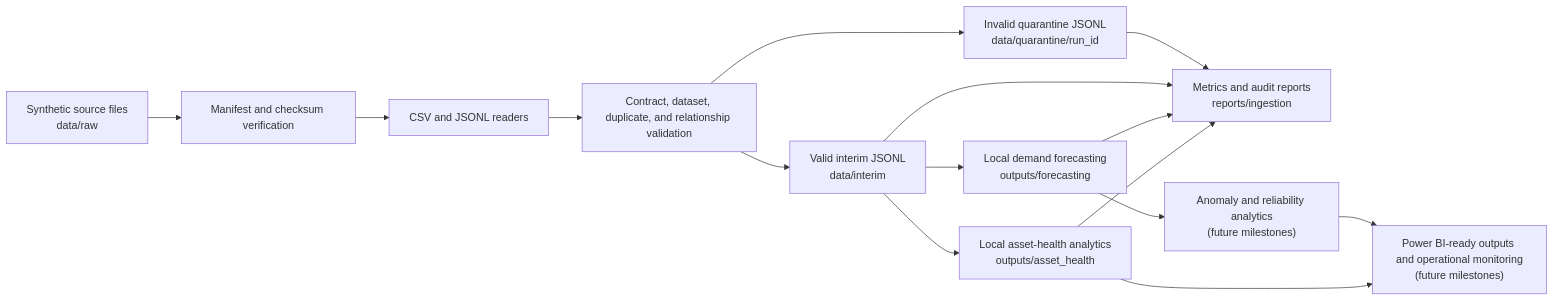
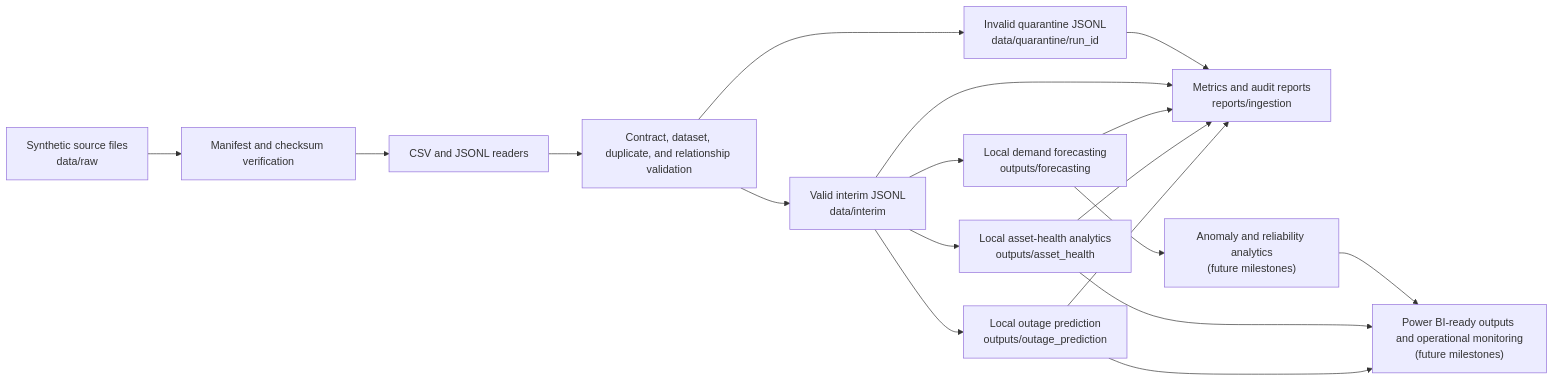
The diagram in docs/architecture/data-flow.md (Ibraheemolasupogit/azure-grid-reliability-intelligence-platform), drawn with Mermaid before and after one commit. The commit also changed other lines of this file and 39 other files, not shown here.

Commit message:
Add leakage-safe outage risk prediction

````diff
--- a/docs/architecture/data-flow.md
+++ b/docs/architecture/data-flow.md
@@ -5,22 +5,25 @@
 ```mermaid
 flowchart LR
     inputs["Synthetic source files<br/>data/raw"]
     manifest["Manifest and checksum verification"]
     ingestion["CSV and JSONL readers"]
     validation["Contract, dataset, duplicate, and relationship validation"]
     interim["Valid interim JSONL<br/>data/interim"]
     quarantine["Invalid quarantine JSONL<br/>data/quarantine/run_id"]
     reports["Metrics and audit reports<br/>reports/ingestion"]
     forecasting["Local demand forecasting<br/>outputs/forecasting"]
     assethealth["Local asset-health analytics<br/>outputs/asset_health"]
+    outage["Local outage prediction<br/>outputs/outage_prediction"]
     analytics["Anomaly and reliability analytics<br/>(future milestones)"]
     reporting["Power BI-ready outputs and operational monitoring<br/>(future milestones)"]
 
     inputs --> manifest --> ingestion --> validation
     validation --> interim --> forecasting --> analytics --> reporting
     interim --> assethealth --> reporting
+    interim --> outage --> reporting
     validation --> quarantine --> reports
     interim --> reports
     forecasting --> reports
     assethealth --> reports
+    outage --> reports
 ```
````
